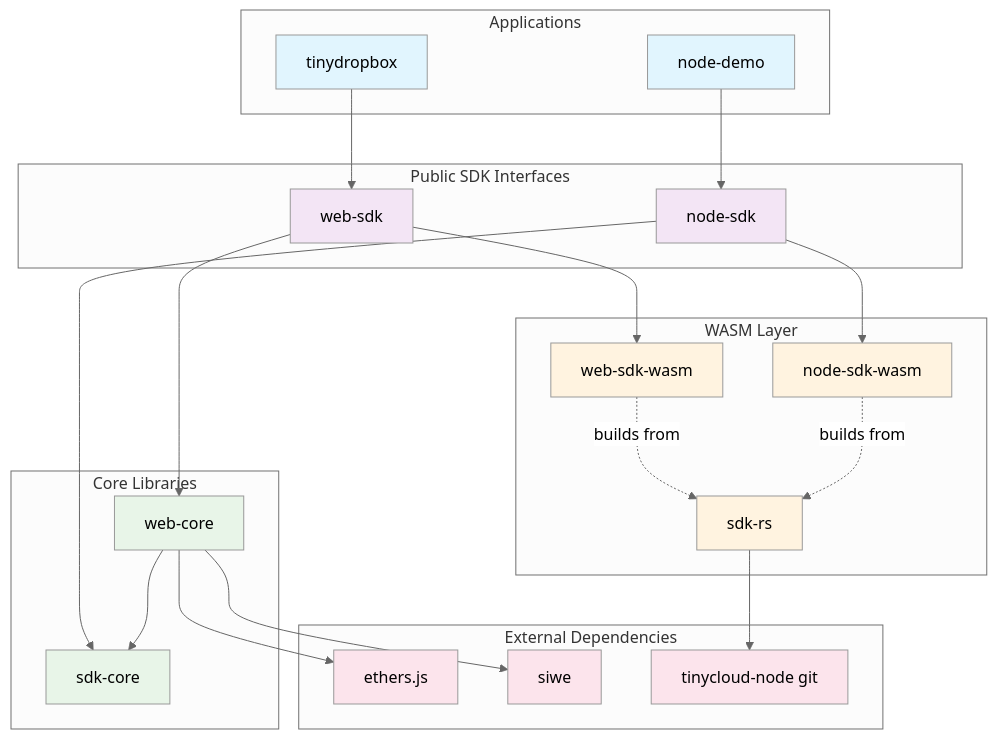
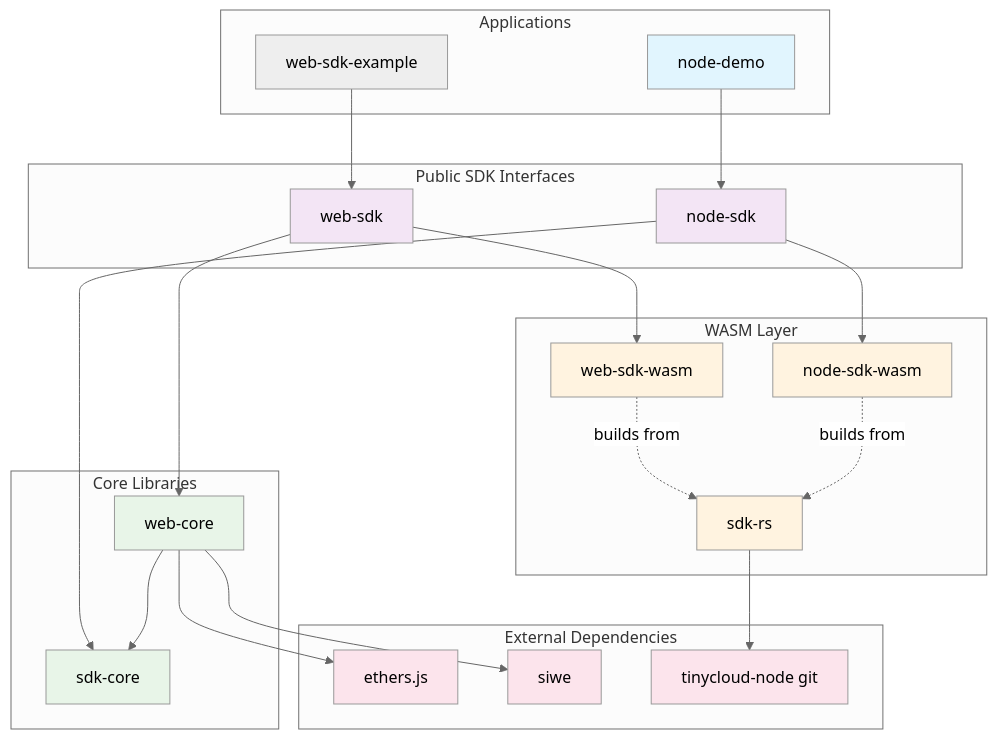
The second of 9 diagrams in architecture.md (TinyCloudLabs/web-sdk), drawn with Mermaid (neutral theme) before and after one commit. The commit also changed other lines of this file, not shown here.

Commit message:
Update architecture.md: replace tinydropbox with web-sdk-example

````diff
--- a/architecture.md
+++ b/architecture.md
@@ -113,57 +113,57 @@
 ```mermaid
 graph TB
     subgraph "Applications"
-        TD[tinydropbox]
+        WE[web-sdk-example]
         ND[node-demo]
     end
 
     subgraph "Public SDK Interfaces"
         WS[web-sdk]
         NS[node-sdk]
     end
 
     subgraph "Core Libraries"
         WC[web-core]
         SC[sdk-core]
     end
 
     subgraph "WASM Layer"
         SR[sdk-rs]
         WSW[web-sdk-wasm]
         NSW[node-sdk-wasm]
     end
 
     subgraph "External Dependencies"
         ET[ethers.js]
         SW[siwe]
         TC[tinycloud-node git]
     end
 
-    TD --> WS
+    WE --> WS
     ND --> NS
 
     WS --> WC
     WS --> WSW
     NS --> SC
     NS --> NSW
 
     WC --> SC
     WC --> ET
     WC --> SW
 
     SR --> TC
     WSW -.builds from.-> SR
     NSW -.builds from.-> SR
 
     classDef app fill:#e1f5fe
     classDef sdk fill:#f3e5f5
     classDef core fill:#e8f5e8
     classDef wasm fill:#fff3e0
     classDef external fill:#fce4ec
 
     class TD,ND app
     class WS,NS sdk
     class WC,SC core
     class SR,WSW,NSW wasm
     class ET,SW,TC external
 ```
````
